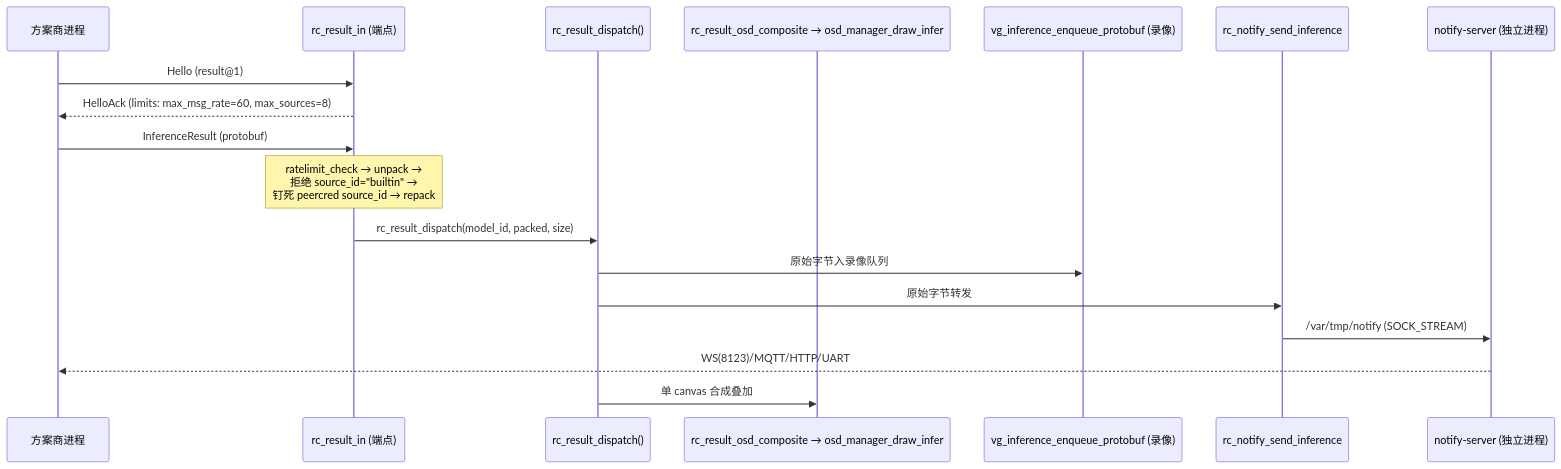
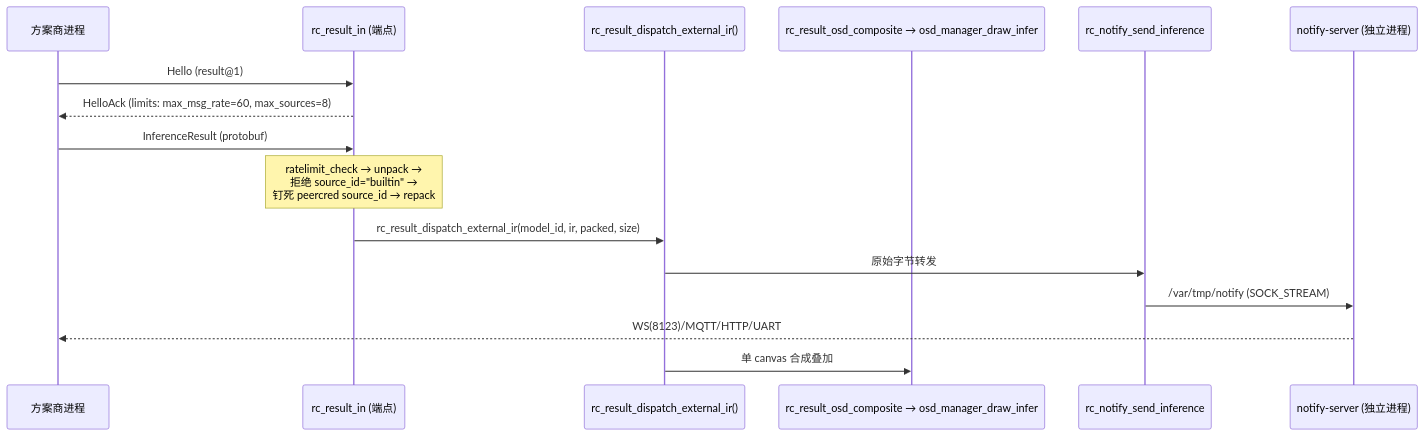
Before and after one commit to Seeed-Studio/recamera-pro-ext-api: the diagram in docs/api/architecture.md, drawn with Mermaid. The commit also changed other lines of this file and 44 other files, not shown here.

````diff
--- a/docs/api/architecture.md
+++ b/docs/api/architecture.md
@@ -172,21 +175,19 @@
 ```mermaid
 sequenceDiagram
     participant App as 方案商进程
     participant RI as rc_result_in (端点)
-    participant D as rc_result_dispatch()
+    participant D as rc_result_dispatch_external_ir()
     participant OSD as rc_result_osd_composite → osd_manager_draw_infer
-    participant Rec as vg_inference_enqueue_protobuf (录像)
     participant N as rc_notify_send_inference
     participant NS as notify-server (独立进程)
 
     App->>RI: Hello (result@1)
     RI-->>App: HelloAck (limits: max_msg_rate=60, max_sources=8)
     App->>RI: InferenceResult (protobuf)
     Note over RI: ratelimit_check → unpack →<br/>拒绝 source_id="builtin" →<br/>钉死 peercred source_id → repack
-    RI->>D: rc_result_dispatch(model_id, packed, size)
-    D->>Rec: 原始字节入录像队列
+    RI->>D: rc_result_dispatch_external_ir(model_id, ir, packed, size)
     D->>N: 原始字节转发
     N->>NS: /var/tmp/notify (SOCK_STREAM)
     NS-->>App: WS(8123)/MQTT/HTTP/UART
     D->>OSD: 单 canvas 合成叠加
 ```
````
